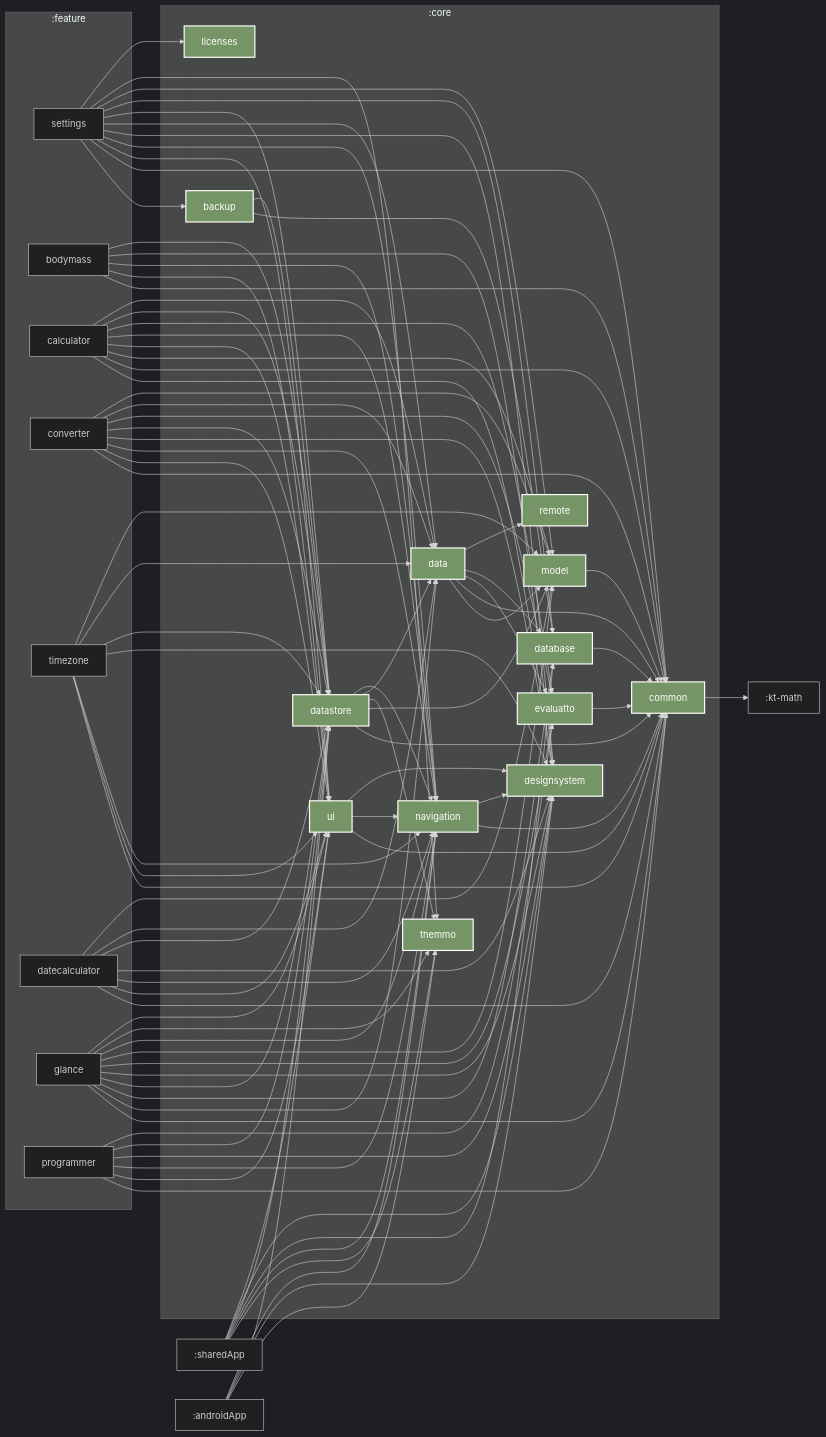
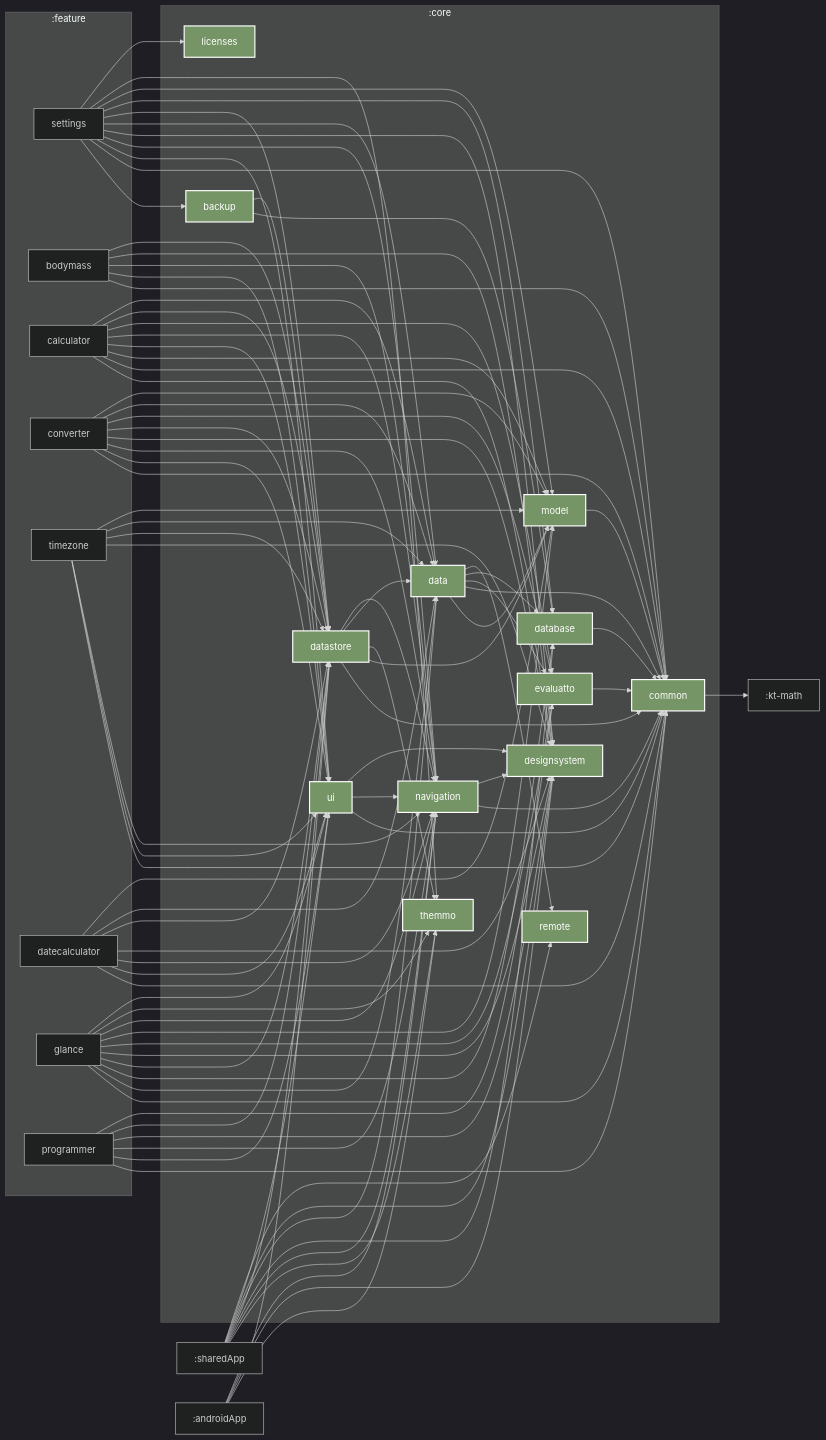
Before and after one commit to sadellie/unitto: the diagram in core/README.md, drawn with Mermaid. The commit also changed 143 other files, not shown here.

```diff
--- a/core/README.md
+++ b/core/README.md
@@ -55,17 +55,19 @@
   :sharedApp --> :core:navigation
   :sharedApp --> :core:database
   :sharedApp --> :core:datastore
+  :sharedApp --> :core:data
   :sharedApp --> :core:designsystem
   :sharedApp --> :core:ui
-  :androidApp --> :core:themmo
-  :androidApp --> :core:datastore
-  :androidApp --> :core:designsystem
-  :androidApp --> :core:navigation
+  :sharedApp --> :core:remote
   :core:datastore --> :core:common
   :core:datastore --> :core:model
   :core:datastore --> :core:themmo
   :core:datastore --> :core:data
   :core:datastore --> :core:navigation
+  :androidApp --> :core:themmo
+  :androidApp --> :core:datastore
+  :androidApp --> :core:designsystem
+  :androidApp --> :core:navigation
   :feature:bodymass --> :core:common
   :feature:bodymass --> :core:ui
   :feature:bodymass --> :core:navigation
@@ -120,14 +122,14 @@
   :feature:glance --> :core:navigation
   :feature:glance --> :core:themmo
   :feature:glance --> :core:ui
+  :core:backup --> :core:database
+  :core:backup --> :core:datastore
   :feature:programmer --> :core:common
   :feature:programmer --> :core:ui
   :feature:programmer --> :core:navigation
   :feature:programmer --> :core:designsystem
   :feature:programmer --> :core:datastore
   :feature:programmer --> :core:evaluatto
-  :core:backup --> :core:database
-  :core:backup --> :core:datastore
   :core:navigation --> :core:common
   :core:navigation --> :core:designsystem
 
```
